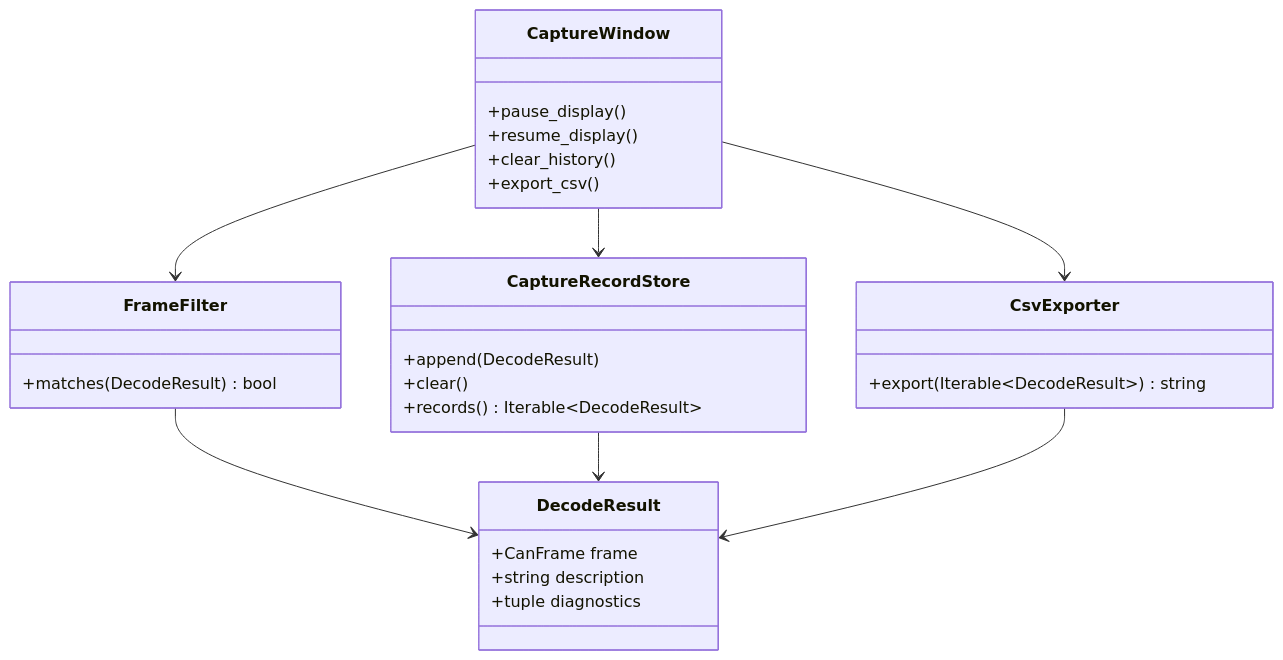
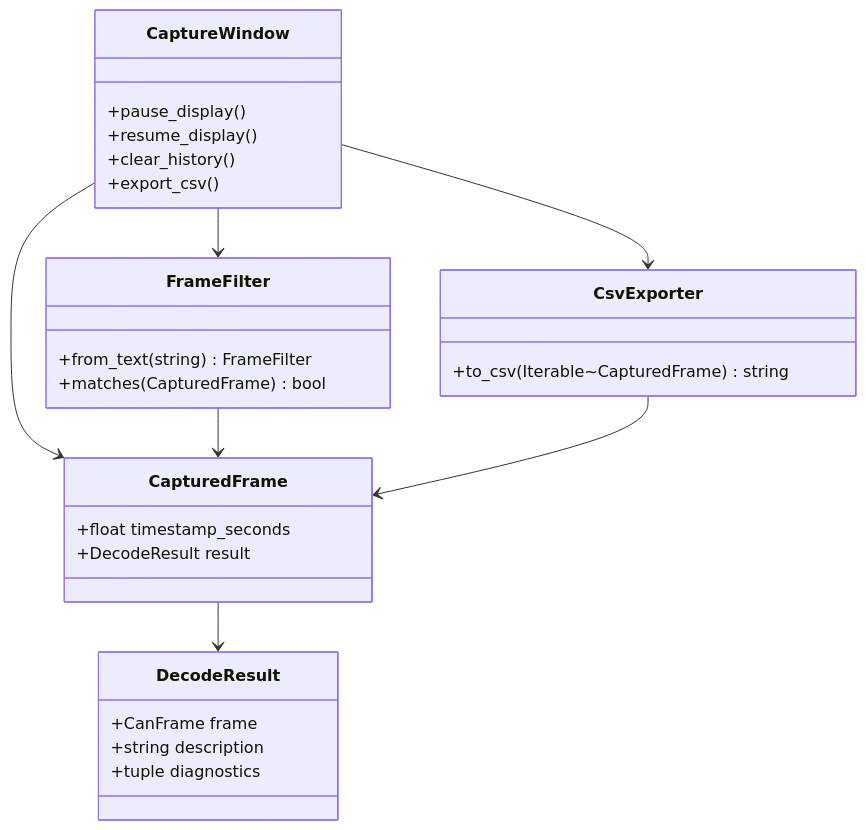
The diagram in docs/architecture/diagrams/capture-analysis/03-class.md (benoit-bremaud/can-sniffer), drawn with Mermaid before and after one commit. The commit also changed 2 other files, not shown here.

Commit message:
fix(capture): align timestamps and analysis UML

````diff
--- a/docs/architecture/diagrams/capture-analysis/03-class.md
+++ b/docs/architecture/diagrams/capture-analysis/03-class.md
@@ -12,31 +12,31 @@
 ```mermaid
 classDiagram
     class DecodeResult {
         +CanFrame frame
         +string description
         +tuple diagnostics
     }
+    class CapturedFrame {
+        +float timestamp_seconds
+        +DecodeResult result
+    }
     class FrameFilter {
-        +matches(DecodeResult) bool
-    }
-    class CaptureRecordStore {
-        +append(DecodeResult)
-        +clear()
-        +records() Iterable~DecodeResult~
+        +from_text(string) FrameFilter
+        +matches(CapturedFrame) bool
     }
     class CsvExporter {
-        +export(Iterable~DecodeResult~) string
+        +to_csv(Iterable~CapturedFrame) string
     }
     class CaptureWindow {
         +pause_display()
         +resume_display()
         +clear_history()
         +export_csv()
     }
     CaptureWindow --> FrameFilter
-    CaptureWindow --> CaptureRecordStore
+    CaptureWindow --> CapturedFrame
     CaptureWindow --> CsvExporter
-    FrameFilter --> DecodeResult
-    CaptureRecordStore --> DecodeResult
-    CsvExporter --> DecodeResult
+    CapturedFrame --> DecodeResult
+    FrameFilter --> CapturedFrame
+    CsvExporter --> CapturedFrame
 ```
````
